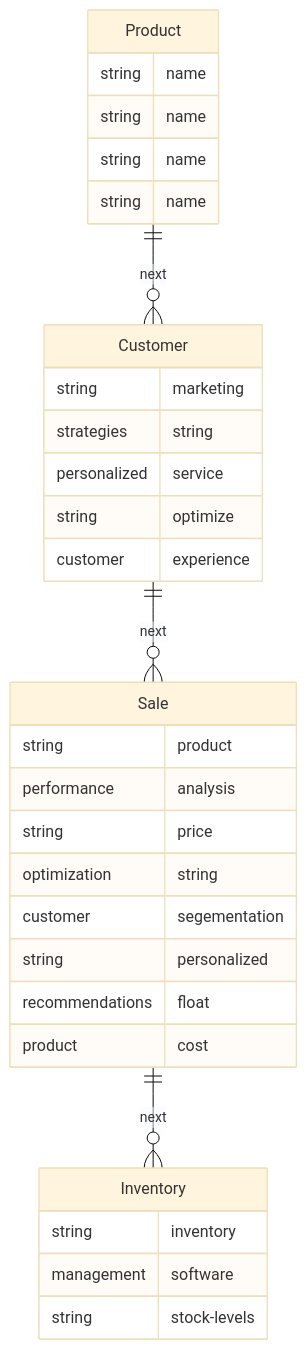
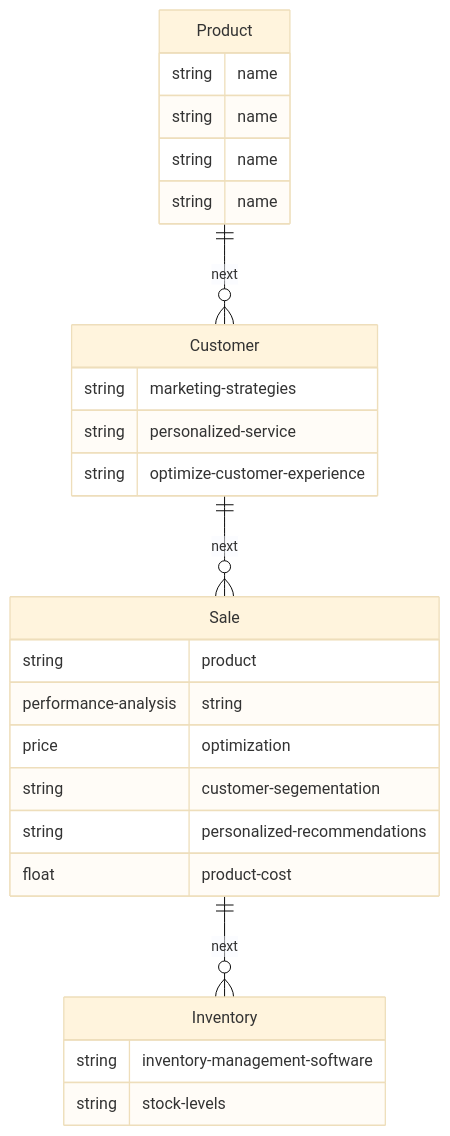
One commit to JordanDuncan5/Nike-Store-ERD changed the diagram in NikeStore_ERD.md. Above: the diagram before and after it, drawn with Mermaid (base theme).

Commit message:
Update NikeStore_ERD.md
test worked. Combined words together

````diff
--- a/NikeStore_ERD.md
+++ b/NikeStore_ERD.md
@@ -1,33 +1,33 @@
 ```mermaid
 ---
 Nike Entity Relationship Diagram
 ---
 erDiagram
     Product ||--o{ Customer :next
     Product{
         string name
         string name
         string name
         string name
     }
     Customer ||--o{ Sale :next
     Customer{
-        string marketing strategies
-        string personalized service
-        string optimize customer experience
+        string marketing-strategies
+        string personalized-service
+        string optimize-customer-experience
     }
     Sale ||--o{ Inventory :next
     Sale{
-        string product performance analysis
+        string product performance-analysis
         string price optimization
-        string customer segementation
-        string personalized recommendations
-        float product cost
+        string customer-segementation
+        string personalized-recommendations
+        float product-cost
     }
     
     Inventory{
-        string inventory management software
+        string inventory-management-software
         string stock-levels
     }
 
 ```
````
